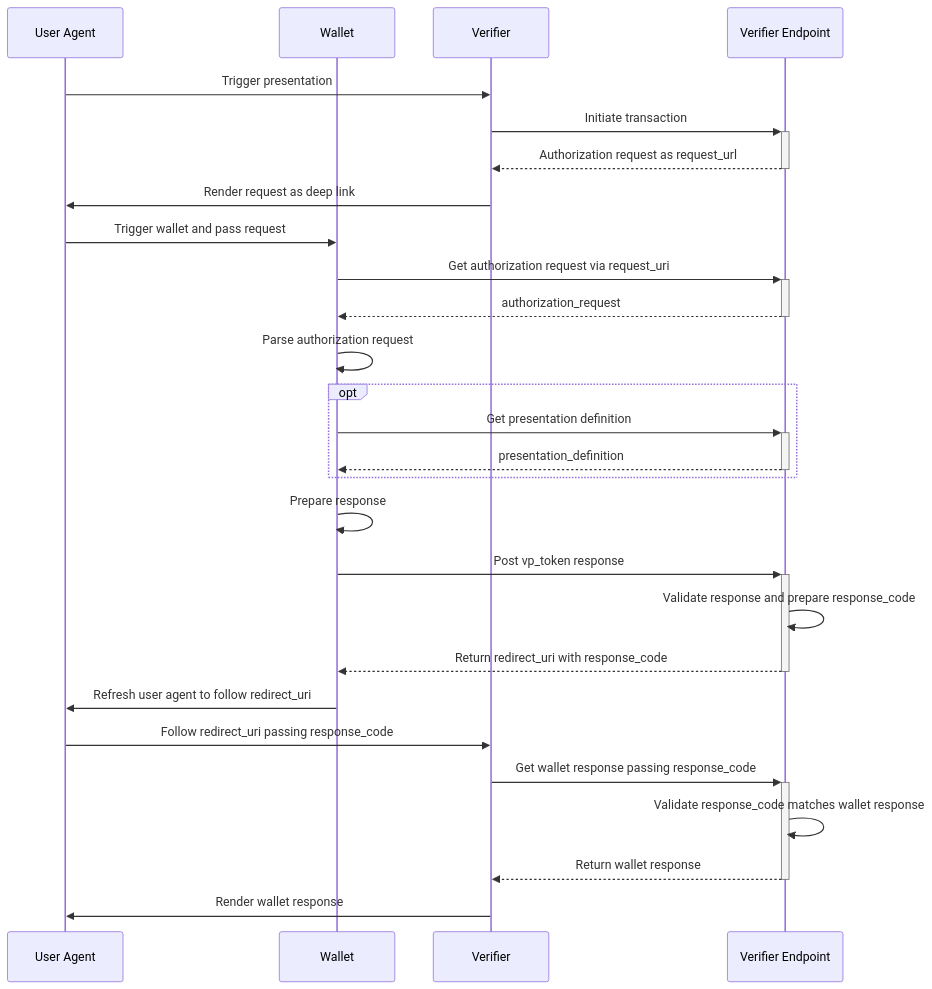
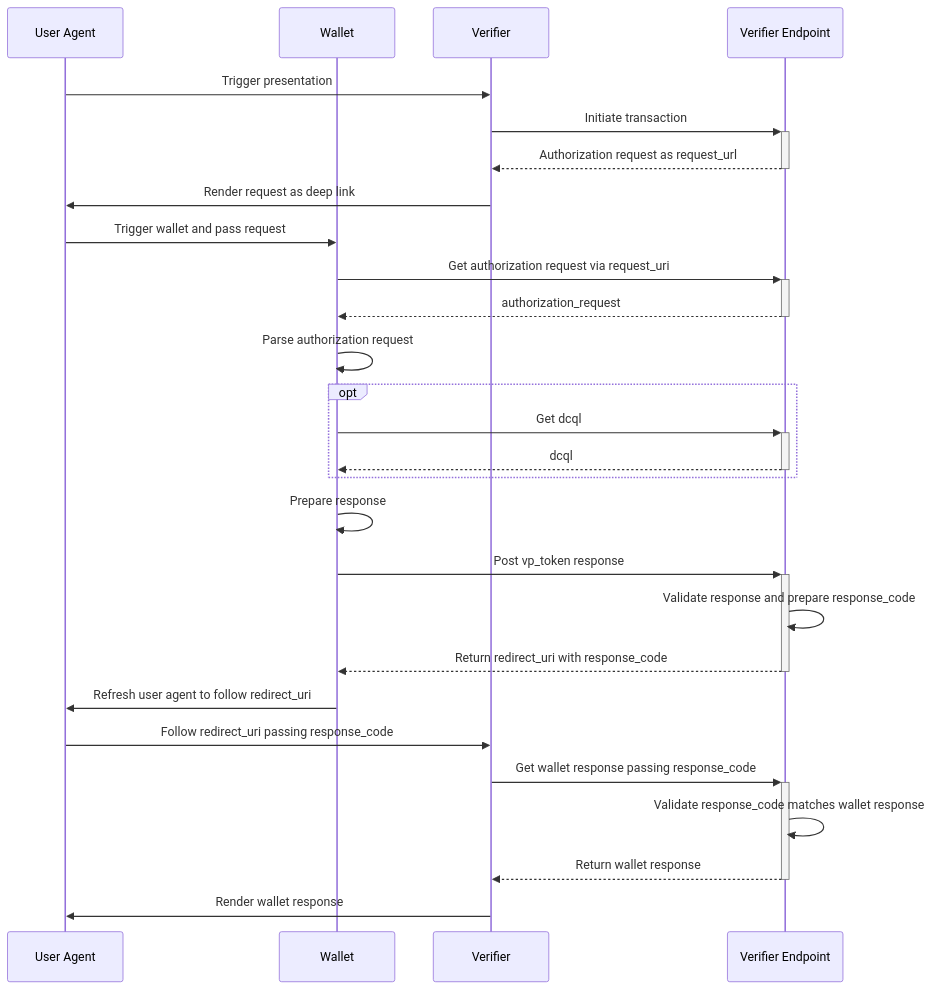
The first of 2 diagrams in README.md (eu-digital-identity-wallet/eudi-srv-web-verifier-endpoint-23220-4-kt), drawn with Mermaid before and after one commit. The commit also changed other lines of this file, not shown here.

````diff
--- a/README.md
+++ b/README.md
@@ -138,39 +137,39 @@
 ```mermaid
 sequenceDiagram    
     participant UA as User Agent
     participant W as Wallet
     participant V as Verifier
     participant VE as Verifier Endpoint
     UA->>V: Trigger presentation 
     
     V->>+VE: Initiate transaction
     VE-->>-V: Authorization request as request_url
     
     V->>UA: Render request as deep link
     UA->>W: Trigger wallet and pass request
     
     W->>+VE: Get authorization request via request_uri 
     VE-->>-W: authorization_request
     
     W->>W: Parse authorization request
     
     opt
-        W->>+VE: Get presentation definition 
-        VE-->>-W: presentation_definition
+        W->>+VE: Get dcql 
+        VE-->>-W: dcql
     end
     
     W->>W: Prepare response     
     
     W->>+VE: Post vp_token response 
     VE->>VE: Validate response and prepare response_code
     VE-->>-W: Return redirect_uri with response_code
     
     W->>UA: Refresh user agent to follow redirect_uri
     UA->>V: Follow redirect_uri passing response_code
     
     V->>+VE: Get wallet response passing response_code 
     VE->>VE: Validate response_code matches wallet response
     VE-->>-V: Return wallet response
     
     V->>UA: Render wallet response 
 ```
````
